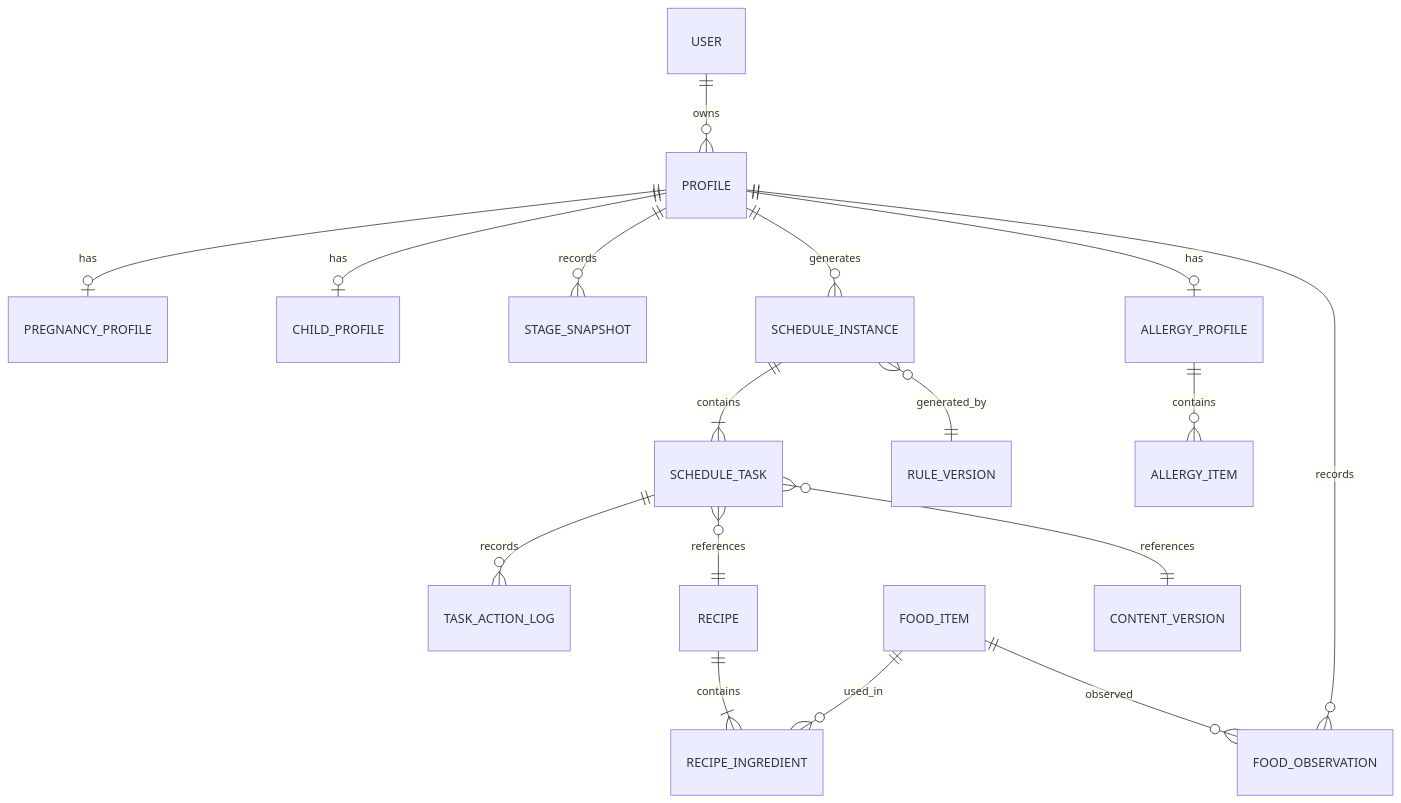
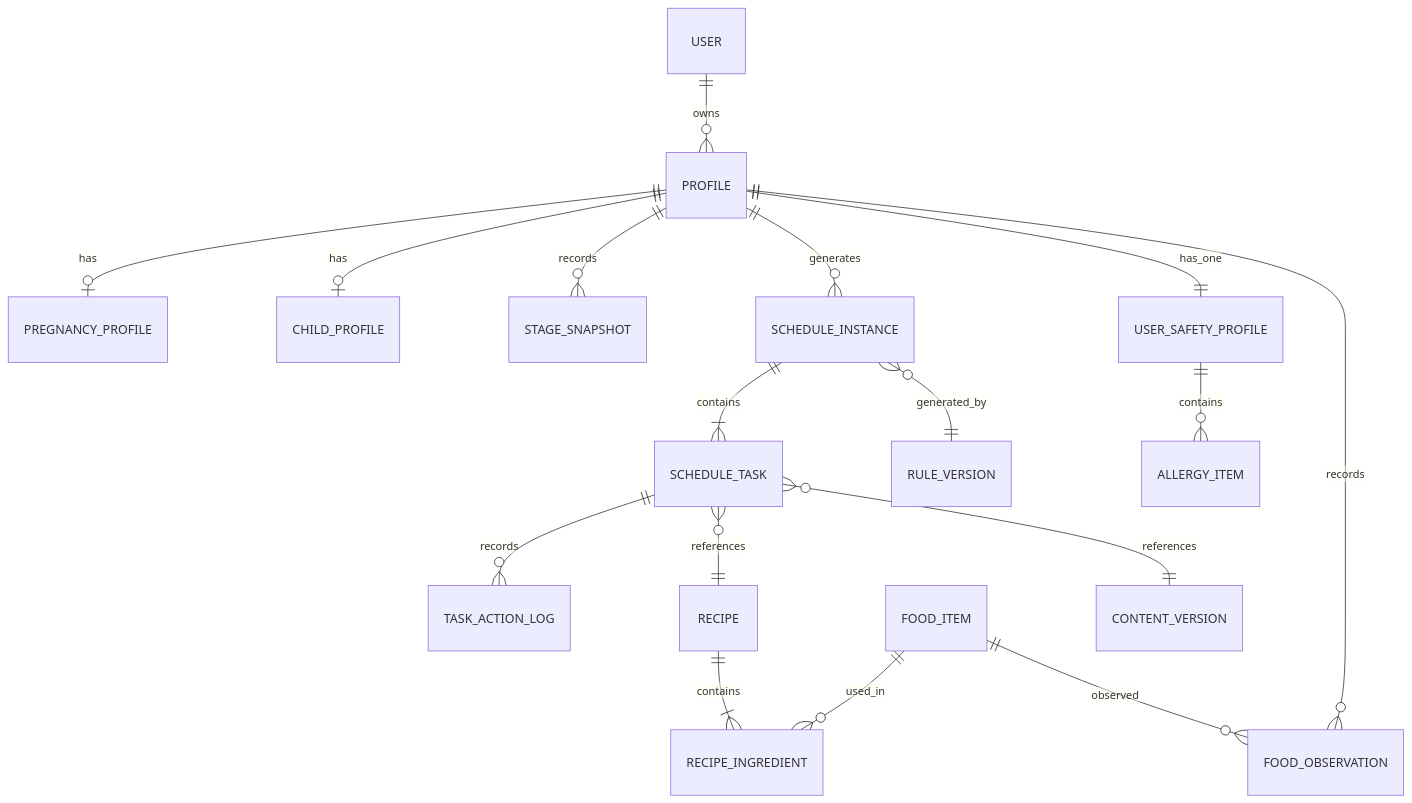
One commit to PCAaron/EatTime changed the diagram in specs/02-data-model.md. Above: the diagram before and after it, drawn with Mermaid. The commit also changed other lines of this file and 2 other files, not shown here.

````diff
--- a/specs/02-data-model.md
+++ b/specs/02-data-model.md
@@ -84,26 +84,26 @@
 ```mermaid
 erDiagram
     USER ||--o{ PROFILE : owns
 
     PROFILE ||--o| PREGNANCY_PROFILE : has
     PROFILE ||--o| CHILD_PROFILE : has
 
     PROFILE ||--o{ STAGE_SNAPSHOT : records
     PROFILE ||--o{ SCHEDULE_INSTANCE : generates
 
     SCHEDULE_INSTANCE ||--|{ SCHEDULE_TASK : contains
     SCHEDULE_TASK ||--o{ TASK_ACTION_LOG : records
 
     RECIPE ||--|{ RECIPE_INGREDIENT : contains
     FOOD_ITEM ||--o{ RECIPE_INGREDIENT : used_in
 
-    PROFILE ||--o| ALLERGY_PROFILE : has
-    ALLERGY_PROFILE ||--o{ ALLERGY_ITEM : contains
+    PROFILE ||--|| USER_SAFETY_PROFILE : has_one
+    USER_SAFETY_PROFILE ||--o{ ALLERGY_ITEM : contains
 
     PROFILE ||--o{ FOOD_OBSERVATION : records
     FOOD_ITEM ||--o{ FOOD_OBSERVATION : observed
 
     SCHEDULE_INSTANCE }o--|| RULE_VERSION : generated_by
     SCHEDULE_TASK }o--|| RECIPE : references
     SCHEDULE_TASK }o--|| CONTENT_VERSION : references
 ```
````
